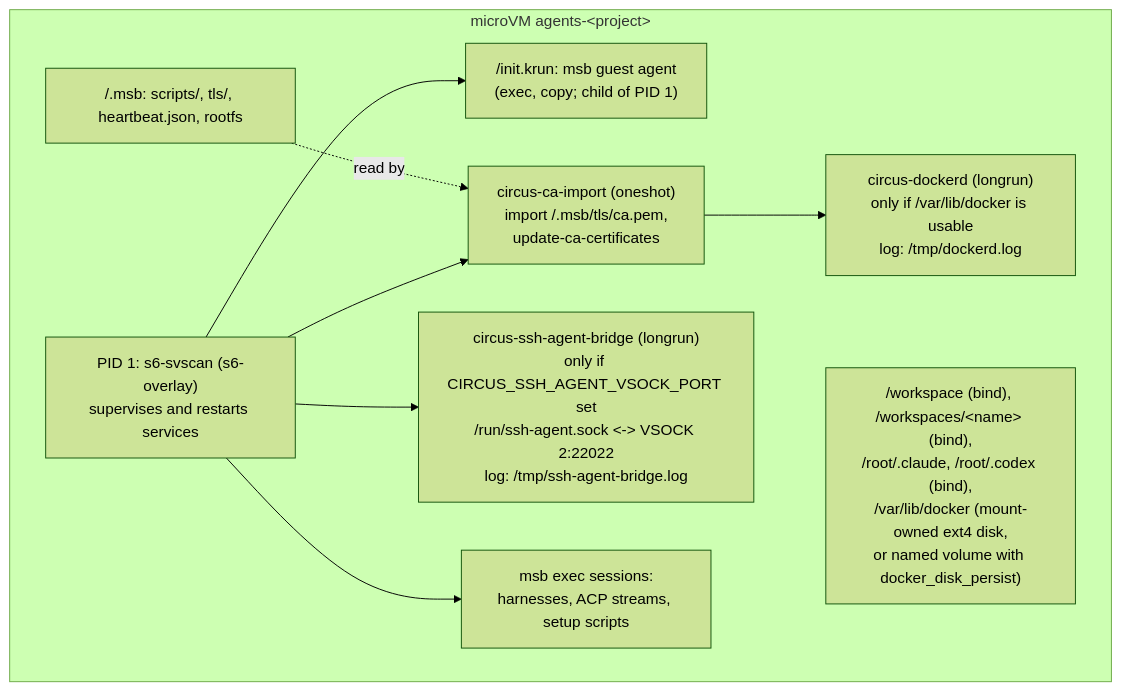
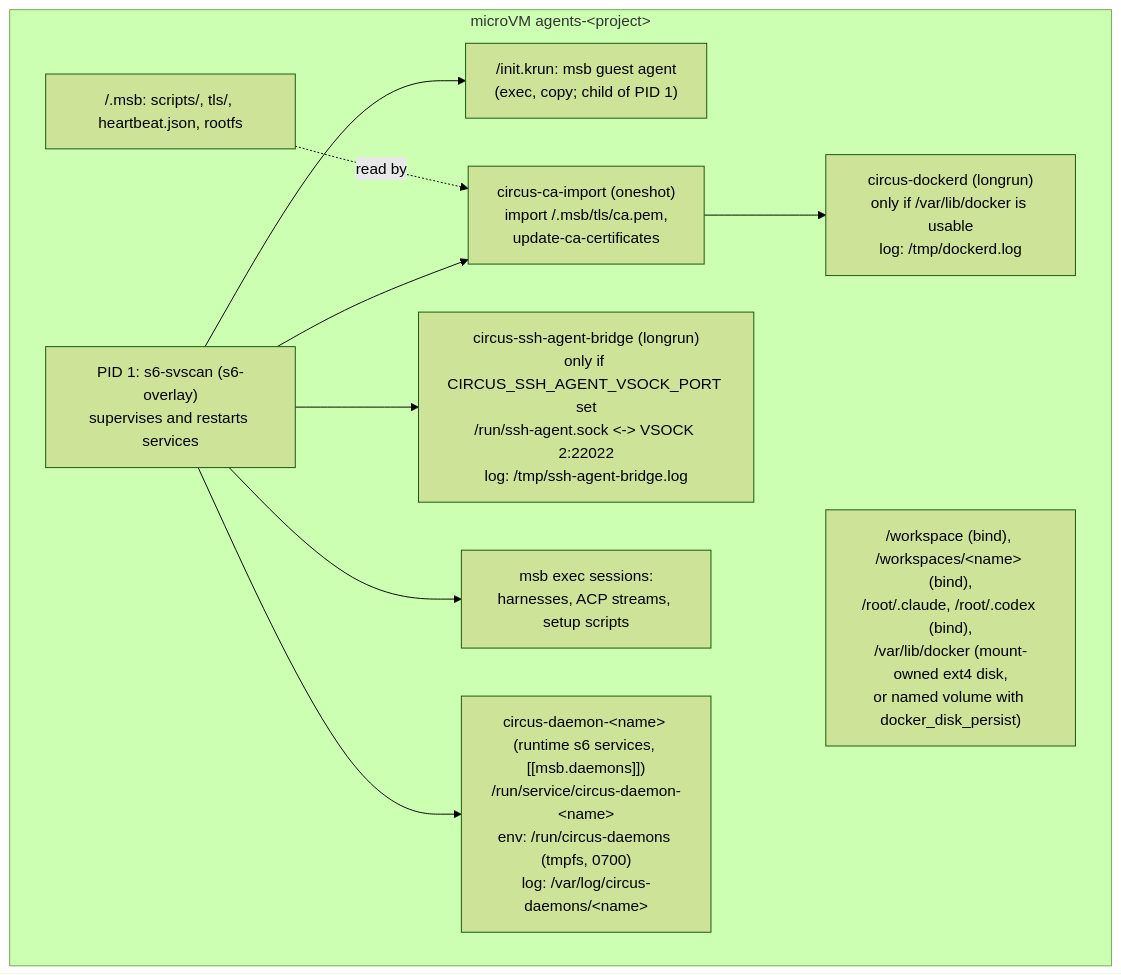
One commit to Embedded-Focus/agent-circus changed the fifth of 7 diagrams in ARCHITECTURE.md. Above: the diagram before and after it, drawn with Mermaid (forest theme). The commit also changed other lines of this file and 9 other files, not shown here.

First line of the commit message:
feat(msb-circus): add supervised daemons in the sandbox

````diff
--- a/ARCHITECTURE.md
+++ b/ARCHITECTURE.md
@@ -252,18 +253,20 @@
 ```mermaid
 flowchart TB
     subgraph guest["microVM agents-&lt;project&gt;"]
         init["PID 1: s6-svscan (s6-overlay)<br/>supervises and restarts services"]
         agentd["/init.krun: msb guest agent<br/>(exec, copy; child of PID 1)"]
         ca["circus-ca-import (oneshot)<br/>import /.msb/tls/ca.pem,<br/>update-ca-certificates"]
         dockerd["circus-dockerd (longrun)<br/>only if /var/lib/docker is usable<br/>log: /tmp/dockerd.log"]
         socat["circus-ssh-agent-bridge (longrun)<br/>only if CIRCUS_SSH_AGENT_VSOCK_PORT set<br/>/run/ssh-agent.sock <-> VSOCK 2:22022<br/>log: /tmp/ssh-agent-bridge.log"]
         execs["msb exec sessions:<br/>harnesses, ACP streams, setup scripts"]
+        daemons["circus-daemon-&lt;name&gt; (runtime s6 services, [[msb.daemons]])<br/>/run/service/circus-daemon-&lt;name&gt;<br/>env: /run/circus-daemons (tmpfs, 0700)<br/>log: /var/log/circus-daemons/&lt;name&gt;"]
         msbdir["/.msb: scripts/, tls/, heartbeat.json, rootfs"]
         disks["/workspace (bind), /workspaces/&lt;name&gt; (bind),<br/>/root/.claude, /root/.codex (bind),<br/>/var/lib/docker (mount-owned ext4 disk,<br/>or named volume with docker_disk_persist)"]
     end
     init --> agentd
     init --> ca --> dockerd
     init --> socat
     init --> execs
+    init --> daemons
     msbdir -. read by .-> ca
 ```
````
